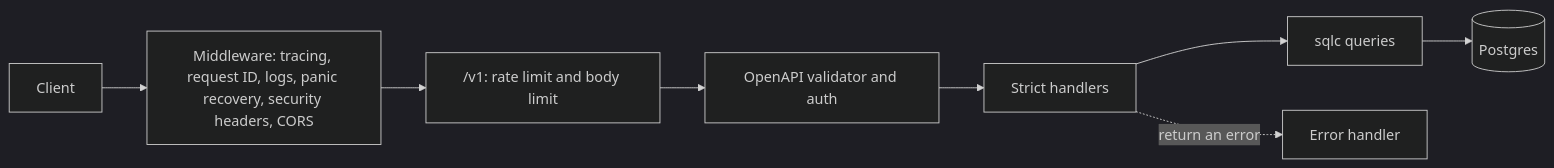
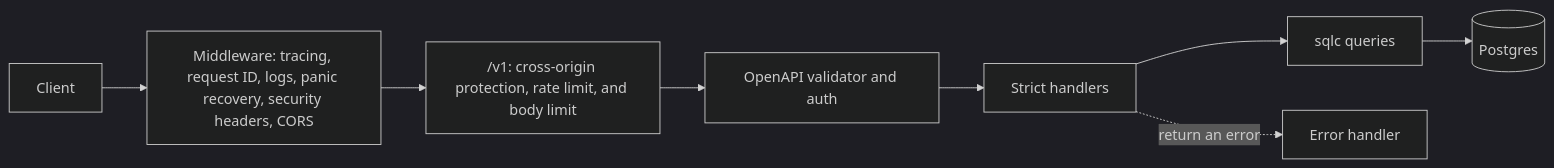
The diagram in docs/architecture.md (opikdev/api-go-starter), drawn with Mermaid (dark theme) before and after one commit. The commit also changed other lines of this file and 23 other files, not shown here.

````diff
--- a/docs/architecture.md
+++ b/docs/architecture.md
@@ -3,10 +3,10 @@
 ```mermaid
 flowchart LR
   C[Client] --> M["Middleware: tracing, request ID, logs, panic recovery, security headers, CORS"]
-  M --> L["/v1: rate limit and body limit"]
+  M --> L["/v1: cross-origin protection, rate limit, and body limit"]
   L --> V["OpenAPI validator and auth"]
   V --> H["Strict handlers"]
   H --> S["sqlc queries"]
   S --> P[(Postgres)]
   H -. "return an error" .-> E["Error handler"]
 ```
````
